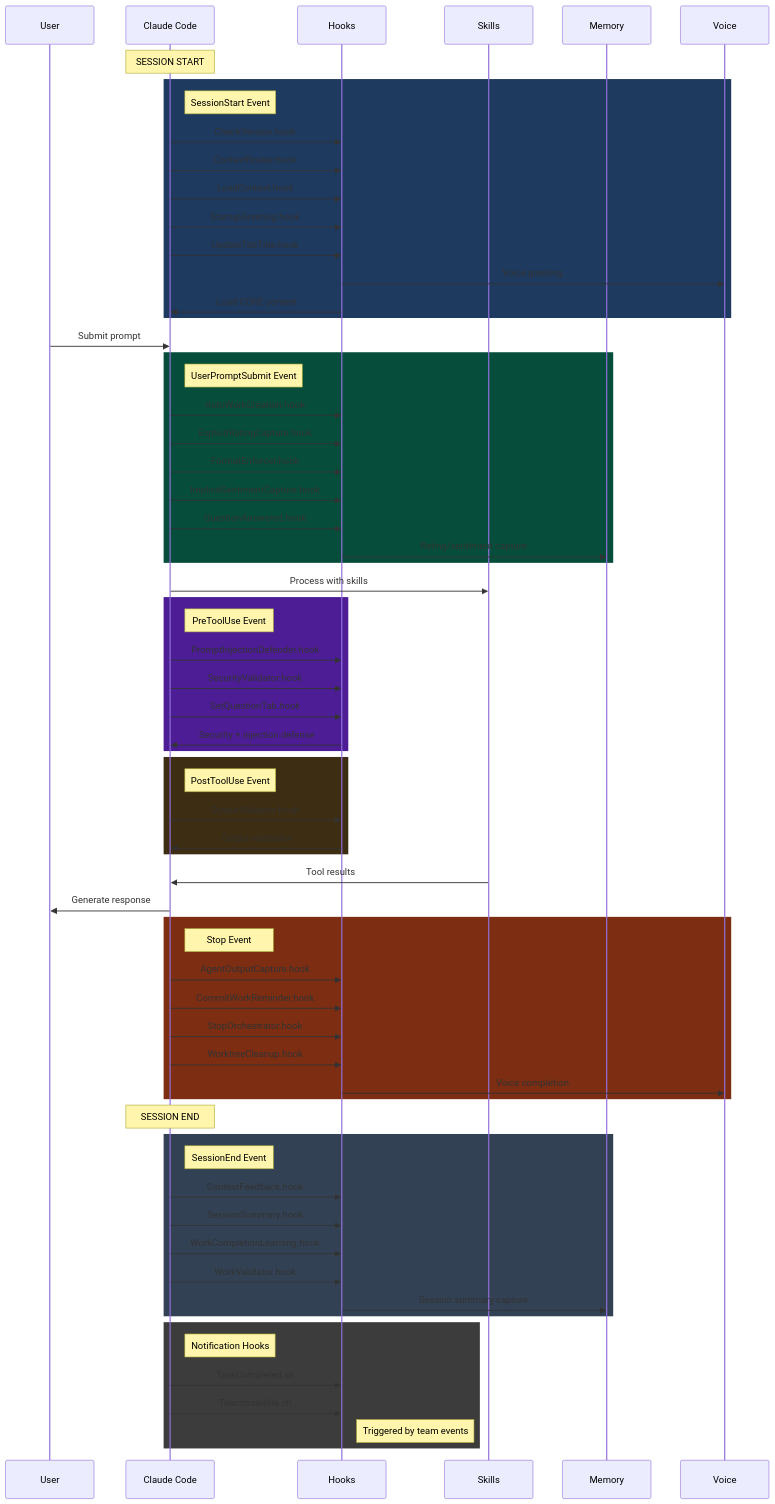
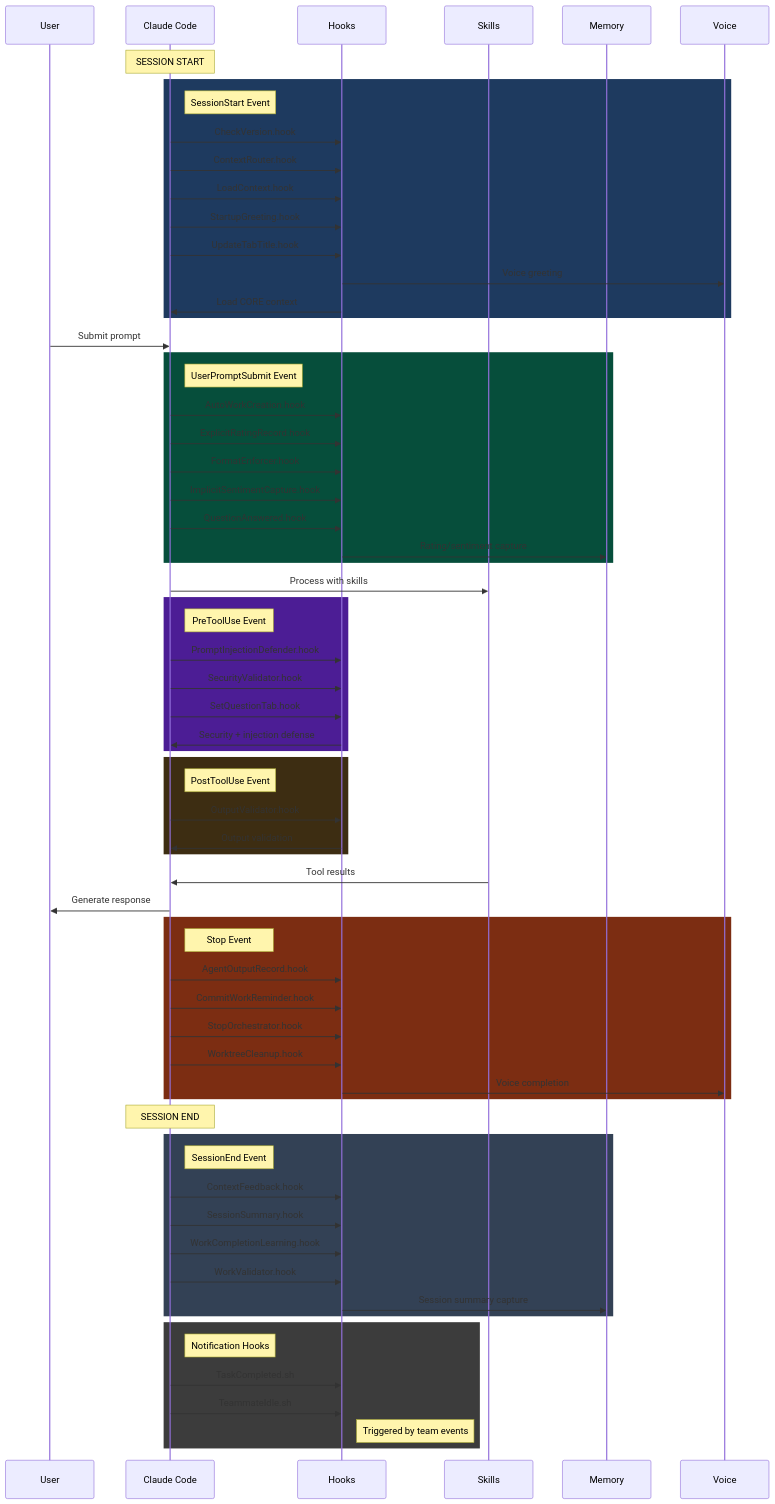
One commit to jstilb/ai-assistant changed the diagram in skills/Content/SystemFlowchart/Output/markdown/session-lifecycle.md. Above: the diagram before and after it, drawn with Mermaid. The commit also changed 9 other files, not shown here.

Commit message:
feat(SystemFlowchart): sync 10 files

````diff
--- a/skills/Content/SystemFlowchart/Output/markdown/session-lifecycle.md
+++ b/skills/Content/SystemFlowchart/Output/markdown/session-lifecycle.md
@@ -7,80 +7,80 @@
 ```mermaid
 sequenceDiagram
     participant U as User
     participant CC as Claude Code
     participant H as Hooks
     participant S as Skills
     participant M as Memory
     participant V as Voice
 
     Note over CC: SESSION START
 
     rect rgb(30, 58, 95)
     Note right of CC: SessionStart Event
         CC->>H: CheckVersion.hook
         CC->>H: ContextRouter.hook
         CC->>H: LoadContext.hook
         CC->>H: StartupGreeting.hook
         CC->>H: UpdateTabTitle.hook
     H->>V: Voice greeting
     H->>CC: Load CORE context
     end
 
     U->>CC: Submit prompt
 
     rect rgb(6, 78, 59)
     Note right of CC: UserPromptSubmit Event
         CC->>H: AutoWorkCreation.hook
-        CC->>H: ExplicitRatingCapture.hook
+        CC->>H: ExplicitRatingRecord.hook
         CC->>H: FormatEnforcer.hook
         CC->>H: ImplicitSentimentCapture.hook
         CC->>H: QuestionAnswered.hook
     H->>M: Rating/sentiment capture
     end
 
     CC->>S: Process with skills
 
     rect rgb(76, 29, 149)
     Note right of CC: PreToolUse Event
         CC->>H: PromptInjectionDefender.hook
         CC->>H: SecurityValidator.hook
         CC->>H: SetQuestionTab.hook
     H->>CC: Security + injection defense
     end
 
     rect rgb(61, 45, 18)
     Note right of CC: PostToolUse Event
         CC->>H: OutputValidator.hook
     H->>CC: Output validation
     end
 
     S->>CC: Tool results
     CC->>U: Generate response
 
     rect rgb(124, 45, 18)
     Note right of CC: Stop Event
-        CC->>H: AgentOutputCapture.hook
+        CC->>H: AgentOutputRecord.hook
         CC->>H: CommitWorkReminder.hook
         CC->>H: StopOrchestrator.hook
         CC->>H: WorktreeCleanup.hook
     H->>V: Voice completion
     end
 
     Note over CC: SESSION END
 
     rect rgb(51, 65, 85)
     Note right of CC: SessionEnd Event
         CC->>H: ContextFeedback.hook
         CC->>H: SessionSummary.hook
         CC->>H: WorkCompletionLearning.hook
         CC->>H: WorkValidator.hook
     H->>M: Session summary capture
     end
 
     rect rgb(60, 60, 60)
     Note right of CC: Notification Hooks
         CC->>H: TaskCompleted.sh
         CC->>H: TeammateIdle.sh
     Note right of H: Triggered by team events
     end
 ```
````
